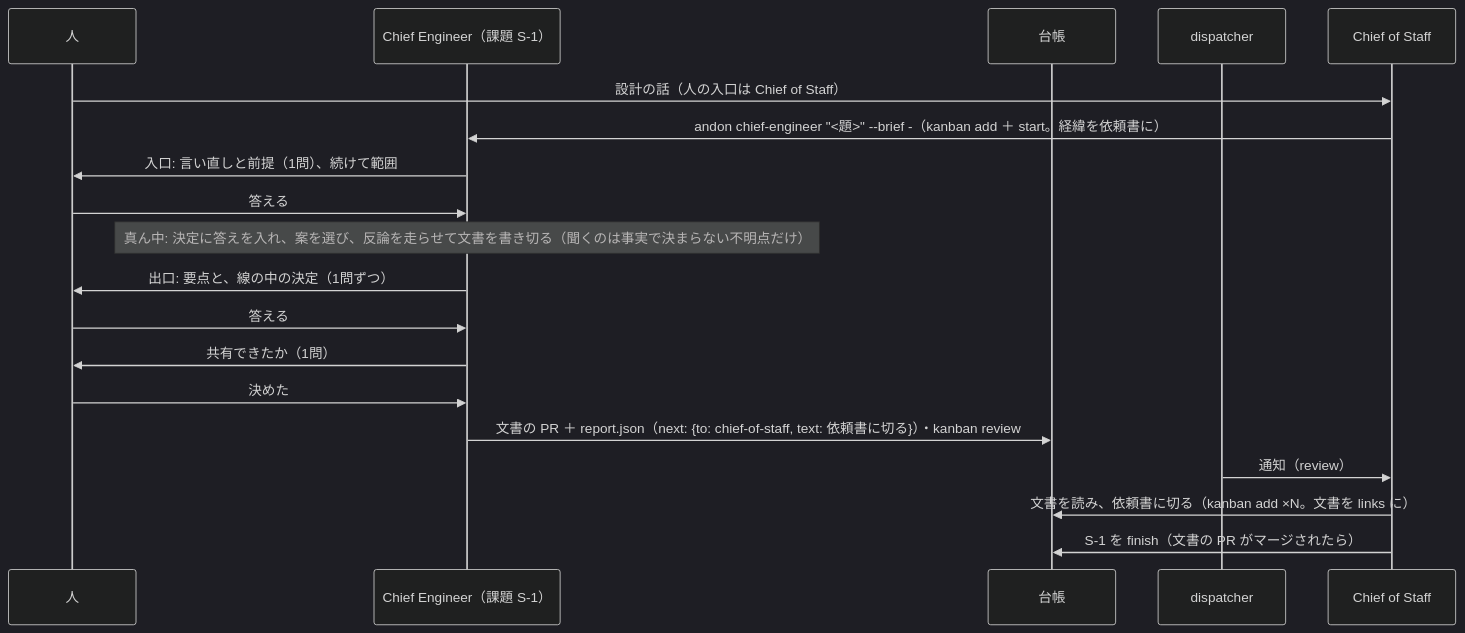
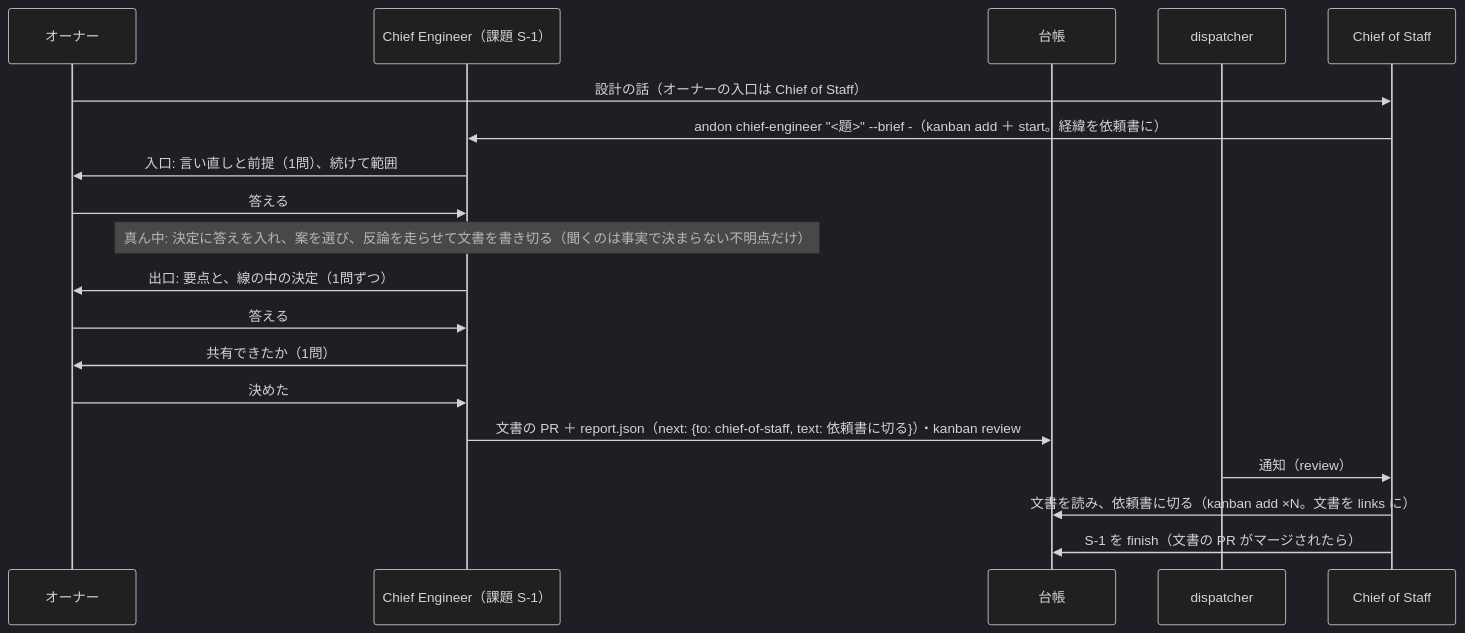
One commit to mitaku/andon changed the third of 3 diagrams in docs/design.md. Above: the diagram before and after it, drawn with Mermaid (dark theme). The commit also changed other lines of this file and 3 other files, not shown here.

````diff
--- a/docs/design.md
+++ b/docs/design.md
@@ -290,21 +290,21 @@
 ```mermaid
 sequenceDiagram
-  participant H as 人
+  participant H as オーナー
   participant CE as Chief Engineer（課題 S-1）
   participant L as 台帳
   participant K as dispatcher
   participant C as Chief of Staff
-  H->>C: 設計の話（人の入口は Chief of Staff）
+  H->>C: 設計の話（オーナーの入口は Chief of Staff）
   C->>CE: andon chief-engineer "<題>" --brief -（kanban add ＋ start。経緯を依頼書に）
   CE->>H: 入口: 言い直しと前提（1問）、続けて範囲
   H->>CE: 答える
   Note over CE: 真ん中: 決定に答えを入れ、案を選び、反論を走らせて文書を書き切る（聞くのは事実で決まらない不明点だけ）
   CE->>H: 出口: 要点と、線の中の決定（1問ずつ）
   H->>CE: 答える
   CE->>H: 共有できたか（1問）
   H->>CE: 決めた
   CE->>L: 文書の PR ＋ report.json（next: {to: chief-of-staff, text: 依頼書に切る}）・kanban review
   K->>C: 通知（review）
   C->>L: 文書を読み、依頼書に切る（kanban add ×N。文書を links に）
   C->>L: S-1 を finish（文書の PR がマージされたら）
 ```
````
